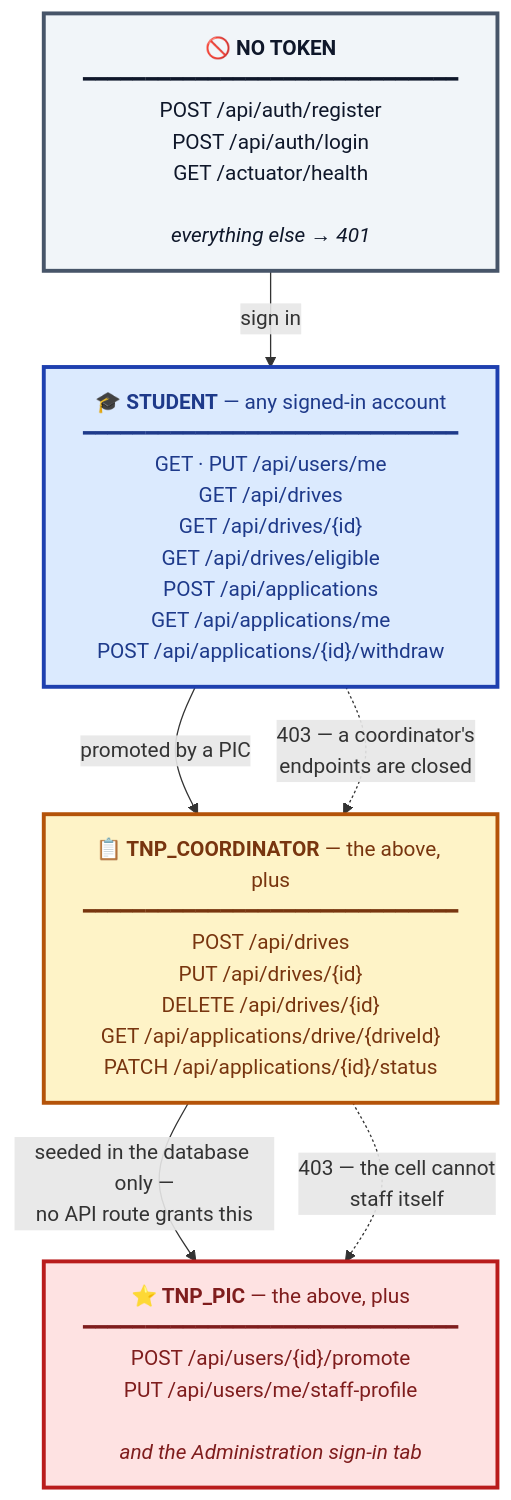
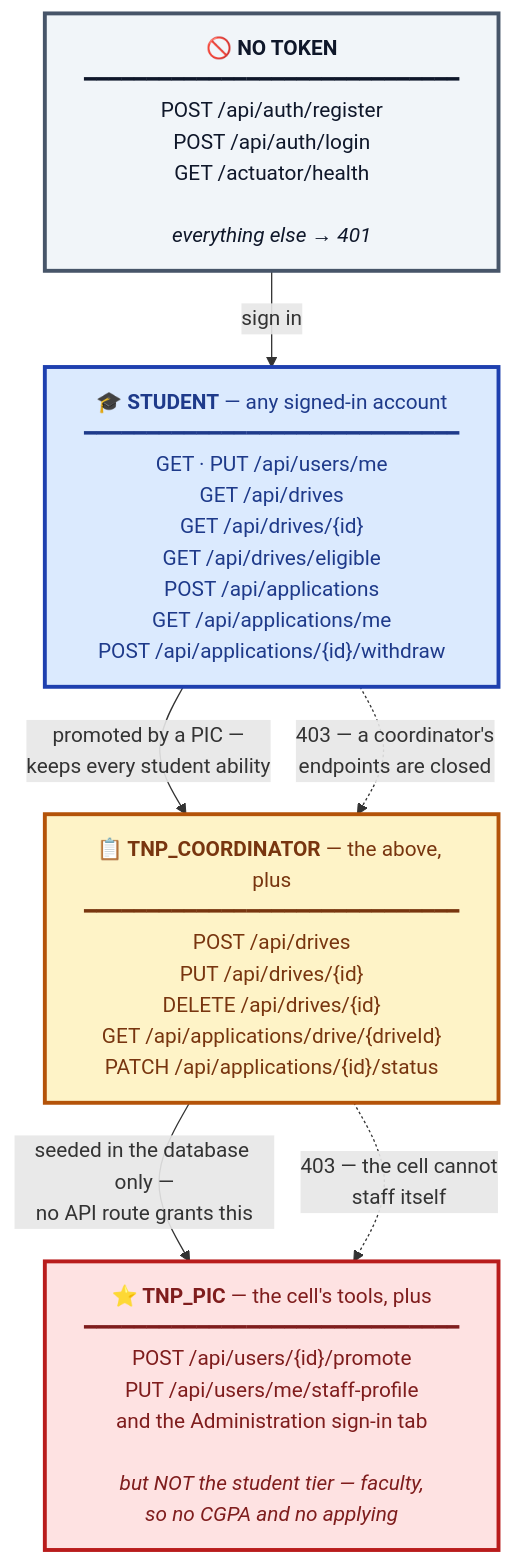
The third of 5 diagrams in README.md (RishitheB0T/placement-prep), drawn with Mermaid before and after one commit. The commit also changed other lines of this file and 2 other files, not shown here.

````diff
--- a/README.md
+++ b/README.md
@@ -190,27 +192,27 @@
 ```mermaid
 flowchart TD
     T0["<b>🚫 NO TOKEN</b><br/>━━━━━━━━━━━━━━━━━━━━━━━━━━━━━━<br/>POST /api/auth/register<br/>POST /api/auth/login<br/>GET /actuator/health<br/><br/><i>everything else → 401</i>"]
 
     T1["<b>🎓 STUDENT</b> — any signed-in account<br/>━━━━━━━━━━━━━━━━━━━━━━━━━━━━━━<br/>GET · PUT /api/users/me<br/>GET /api/drives<br/>GET /api/drives/{id}<br/>GET /api/drives/eligible<br/>POST /api/applications<br/>GET /api/applications/me<br/>POST /api/applications/{id}/withdraw"]
 
     T2["<b>📋 TNP_COORDINATOR</b> — the above, plus<br/>━━━━━━━━━━━━━━━━━━━━━━━━━━━━━━<br/>POST /api/drives<br/>PUT /api/drives/{id}<br/>DELETE /api/drives/{id}<br/>GET /api/applications/drive/{driveId}<br/>PATCH /api/applications/{id}/status"]
 
-    T3["<b>⭐ TNP_PIC</b> — the above, plus<br/>━━━━━━━━━━━━━━━━━━━━━━━━━━━━━━<br/>POST /api/users/{id}/promote<br/>PUT /api/users/me/staff-profile<br/><br/><i>and the Administration sign-in tab</i>"]
+    T3["<b>⭐ TNP_PIC</b> — the cell's tools, plus<br/>━━━━━━━━━━━━━━━━━━━━━━━━━━━━━━<br/>POST /api/users/{id}/promote<br/>PUT /api/users/me/staff-profile<br/>and the Administration sign-in tab<br/><br/><i>but NOT the student tier — faculty,<br/>so no CGPA and no applying</i>"]
 
     T0 -->|"sign in"| T1
-    T1 -->|"promoted by a PIC"| T2
+    T1 -->|"promoted by a PIC —<br/>keeps every student ability"| T2
     T2 -->|"seeded in the database only —<br/>no API route grants this"| T3
 
     T1 -.->|"403 — a coordinator's<br/>endpoints are closed"| T2
     T2 -.->|"403 — the cell cannot<br/>staff itself"| T3
 
     classDef anon fill:#f1f5f9,stroke:#475569,stroke-width:3px,color:#0f172a
     classDef stu fill:#dbeafe,stroke:#1e40af,stroke-width:3px,color:#1e3a8a
     classDef coord fill:#fef3c7,stroke:#b45309,stroke-width:3px,color:#78350f
     classDef pic fill:#fee2e2,stroke:#b91c1c,stroke-width:3px,color:#7f1d1d
 
     class T0 anon
     class T1 stu
     class T2 coord
     class T3 pic
 ```
````
